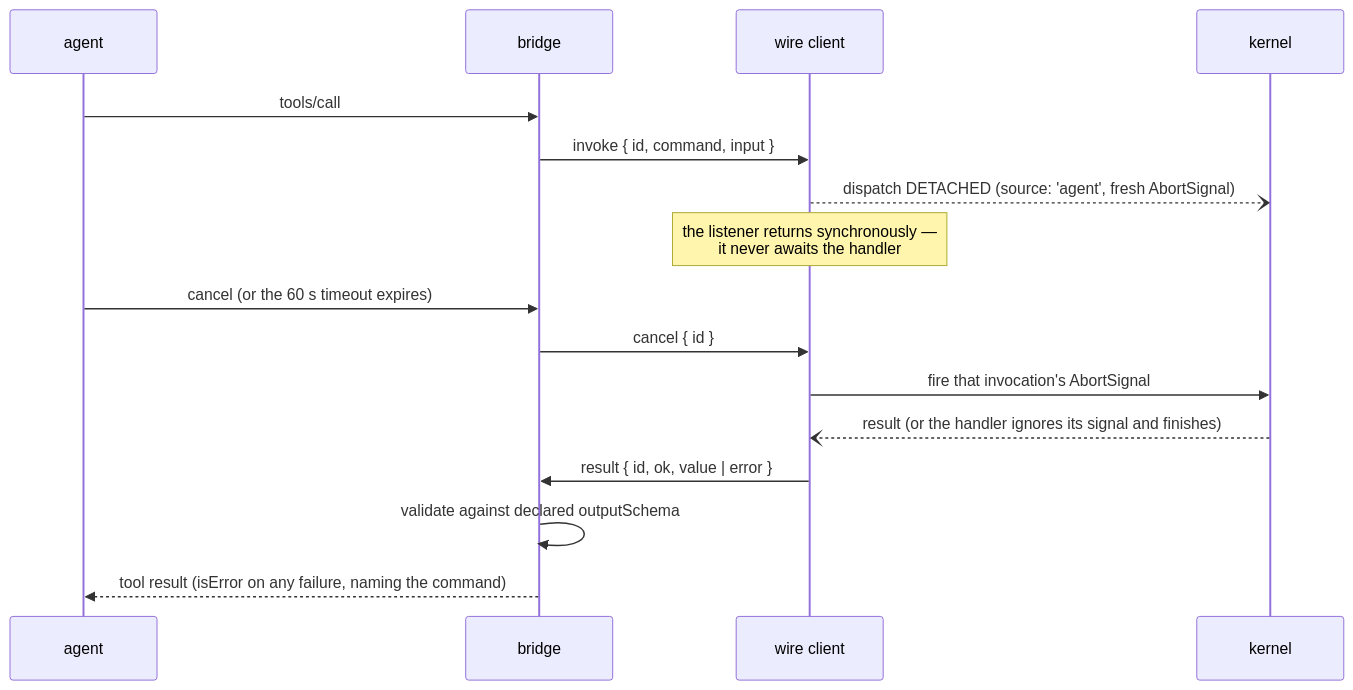
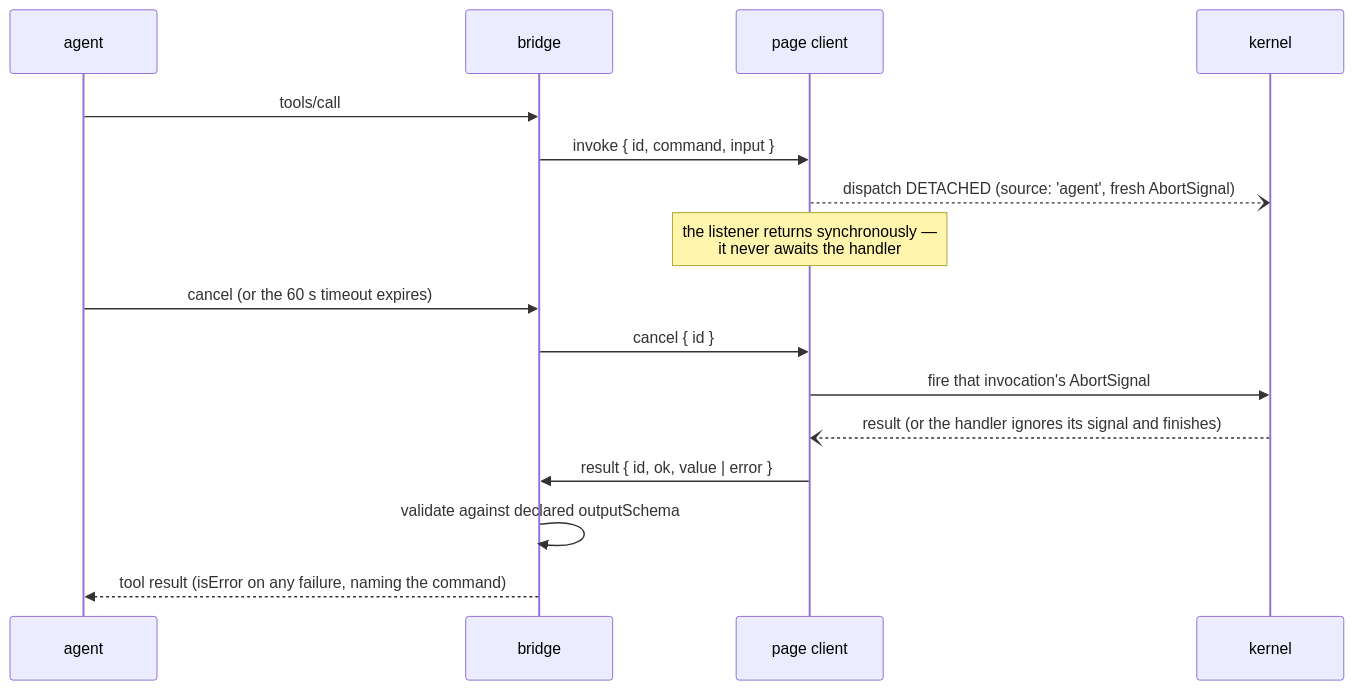
One commit to bitwhys/switchboard changed the fourth of 6 diagrams in docs/architecture/bridge-flows.md. Above: the diagram before and after it, drawn with Mermaid. The commit also changed other lines of this file and 6 other files, not shown here.

First line of the commit message:
docs(architecture): second clarity pass across all seven files (#86)

````diff
--- a/docs/architecture/bridge-flows.md
+++ b/docs/architecture/bridge-flows.md
@@ -71,18 +72,18 @@
 ```mermaid
 sequenceDiagram
     participant A as agent
     participant B as bridge
-    participant W as wire client
+    participant W as page client
     participant K as kernel
     A->>B: tools/call
     B->>W: invoke { id, command, input }
     W--)K: dispatch DETACHED (source: 'agent', fresh AbortSignal)
     Note over W: the listener returns synchronously —<br/>it never awaits the handler
     A->>B: cancel (or the 60 s timeout expires)
     B->>W: cancel { id }
     W->>K: fire that invocation's AbortSignal
     K--)W: result (or the handler ignores its signal and finishes)
     W->>B: result { id, ok, value | error }
     B->>B: validate against declared outputSchema
     B-->>A: tool result (isError on any failure, naming the command)
 ```
````
